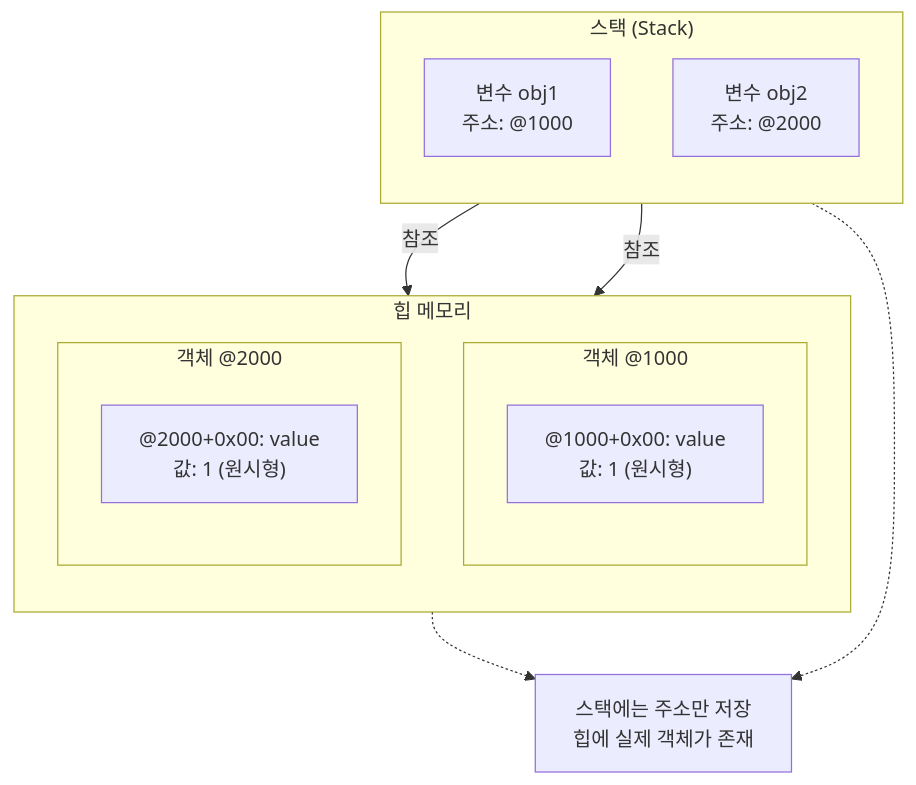
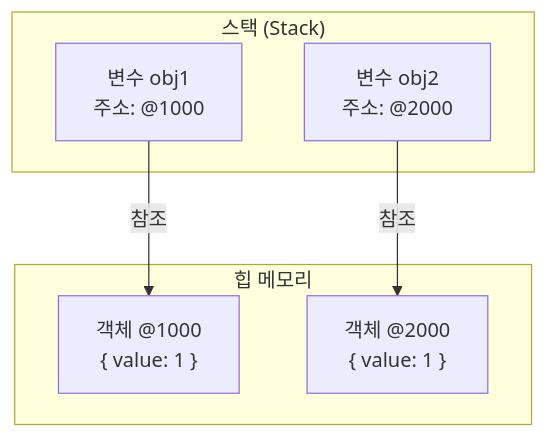
One commit to codefug/codefug.github.io changed the first of 3 diagrams in markdown/2026-01-18/ko/content.mdx. Above: the diagram before and after it, drawn with Mermaid. The commit also changed other lines of this file and 1 other file, not shown here.

````diff
--- a/markdown/2026-01-18/ko/content.mdx
+++ b/markdown/2026-01-18/ko/content.mdx
@@ -67,32 +30,13 @@
 ```mermaid
 flowchart TB
     subgraph Stack["스택 (Stack)"]
-        direction TB
         V1["변수 obj1<br/>주소: @1000"]
         V2["변수 obj2<br/>주소: @2000"]
     end
-
-
     subgraph Heap["힙 메모리"]
-        direction TB
-        subgraph O1["객체 @1000"]
-            direction TB
-            P1["@1000+0x00: value<br/>값: 1 (원시형)"]
-        end
-
-
-        subgraph O2["객체 @2000"]
-            direction TB
-            P2["@2000+0x00: value<br/>값: 1 (원시형)"]
-        end
+        O1["객체 @1000<br/>{ value: 1 }"]
+        O2["객체 @2000<br/>{ value: 1 }"]
     end
-
-
     V1 -->|"참조"| O1
     V2 -->|"참조"| O2
-
-    Note1["스택에는 주소만 저장<br/>힙에 실제 객체가 존재"]
-
-    Stack -.-> Note1
-    Heap -.-> Note1
 ```
````
